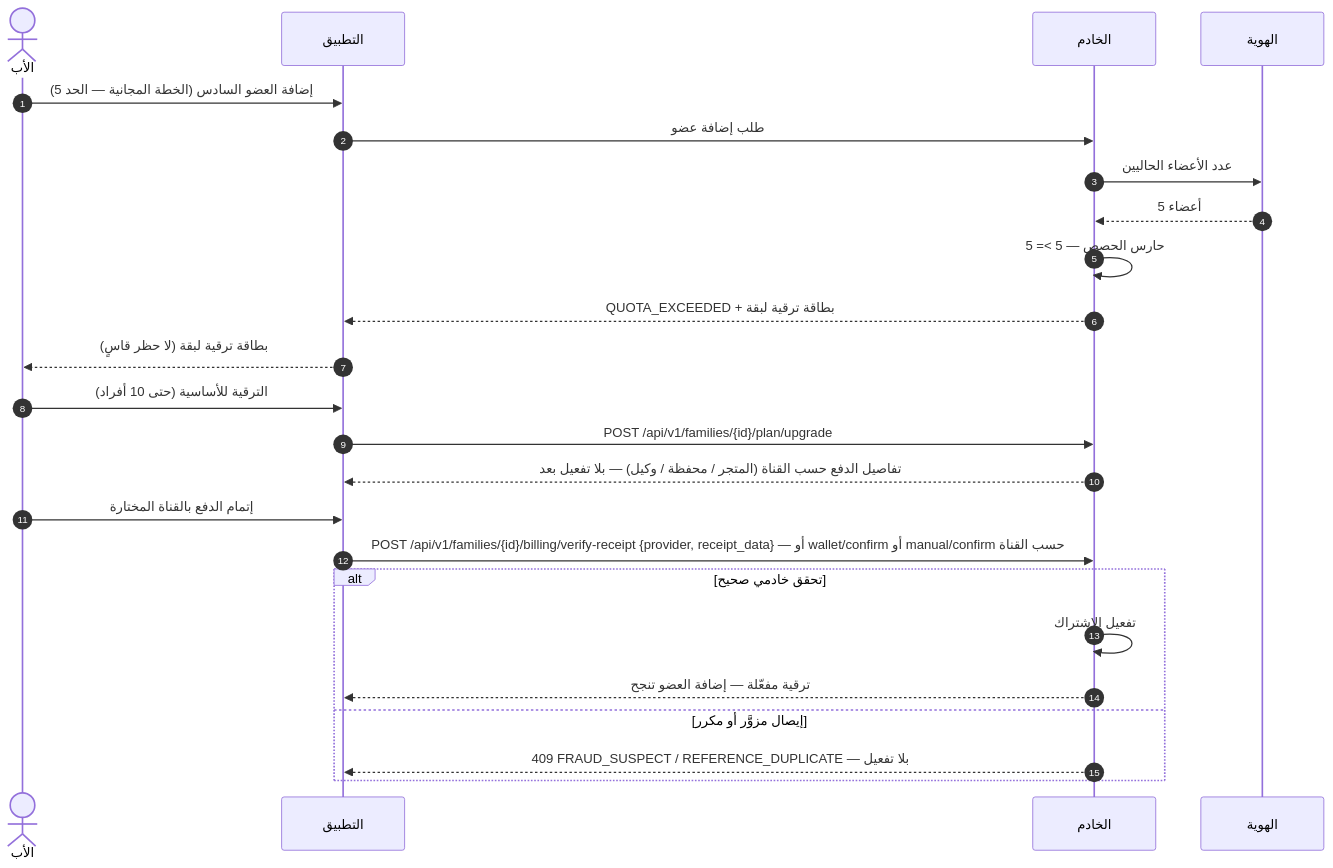
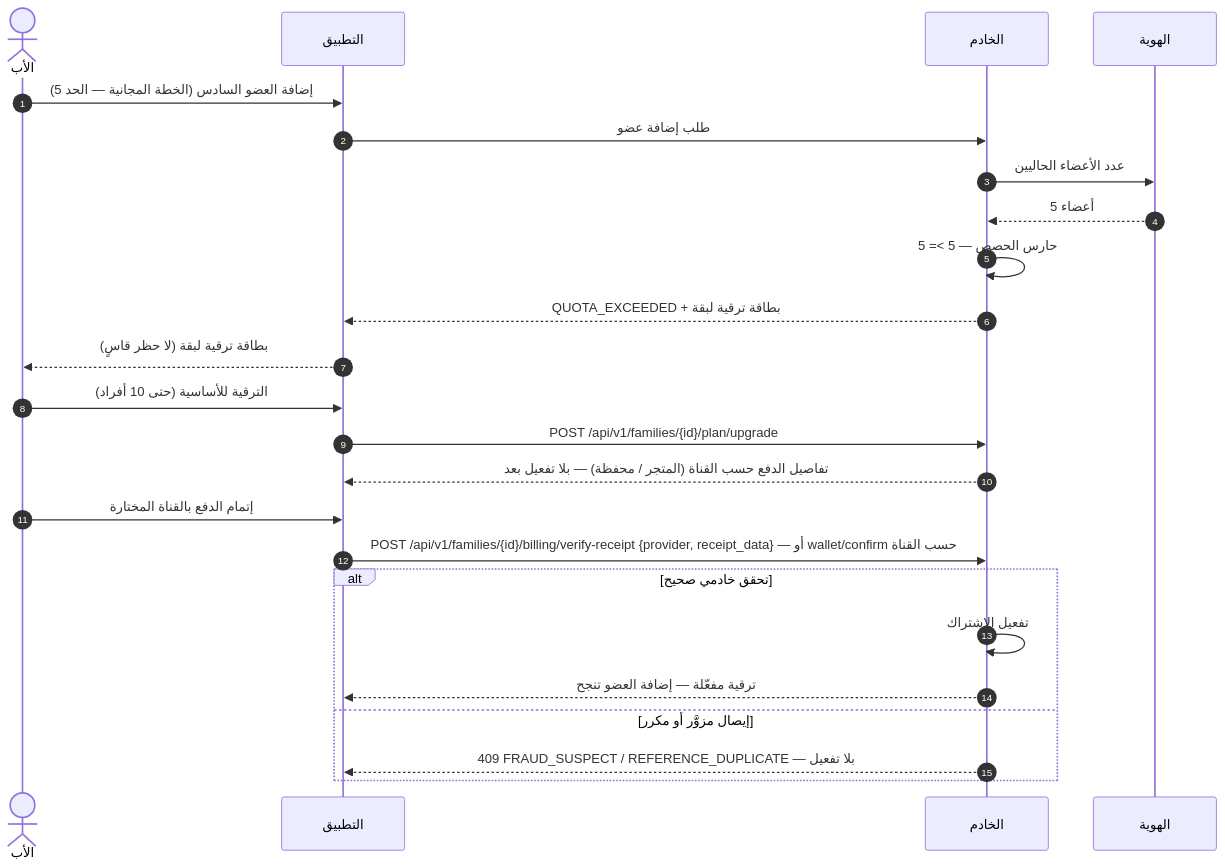
The sixth of 11 diagrams in docs/family-os/governance/phases/phase-1/S1-04-plans-and-subscriptions/DIAGRAMS.md (Bassam-mohammed-alqaeadi/family-os-v2), drawn with Mermaid before and after one commit. The commit also changed other lines of this file and 18 other files, not shown here.

````diff
--- a/docs/family-os/governance/phases/phase-1/S1-04-plans-and-subscriptions/DIAGRAMS.md
+++ b/docs/family-os/governance/phases/phase-1/S1-04-plans-and-subscriptions/DIAGRAMS.md
@@ -294,26 +295,26 @@
 ```mermaid
 sequenceDiagram
     autonumber
     actor Father as الأب
     participant App as التطبيق
     participant Ktor as الخادم
     participant S102 as الهوية
     Father->>App: إضافة العضو السادس (الخطة المجانية — الحد 5)
     App->>Ktor: طلب إضافة عضو
     Ktor->>S102: عدد الأعضاء الحاليين
     S102-->>Ktor: 5 أعضاء
     Ktor->>Ktor: حارس الحصص — 5 >= 5
     Ktor-->>App: QUOTA_EXCEEDED + بطاقة ترقية لبقة
     App-->>Father: بطاقة ترقية لبقة (لا حظر قاسٍ)
     Father->>App: الترقية للأساسية (حتى 10 أفراد)
     App->>Ktor: POST /api/v1/families/{id}/plan/upgrade
-    Ktor-->>App: تفاصيل الدفع حسب القناة (المتجر / محفظة / وكيل) — بلا تفعيل بعد
+    Ktor-->>App: تفاصيل الدفع حسب القناة (المتجر / محفظة) — بلا تفعيل بعد
     Father->>App: إتمام الدفع بالقناة المختارة
-    App->>Ktor: POST /api/v1/families/{id}/billing/verify-receipt {provider, receipt_data} — أو wallet/confirm أو manual/confirm حسب القناة
+    App->>Ktor: POST /api/v1/families/{id}/billing/verify-receipt {provider, receipt_data} — أو wallet/confirm حسب القناة
     alt تحقق خادمي صحيح
         Ktor->>Ktor: تفعيل الاشتراك
         Ktor-->>App: ترقية مفعّلة — إضافة العضو تنجح
     else إيصال مزوَّر أو مكرر
         Ktor-->>App: 409 FRAUD_SUSPECT / REFERENCE_DUPLICATE — بلا تفعيل
     end
 ```
````
